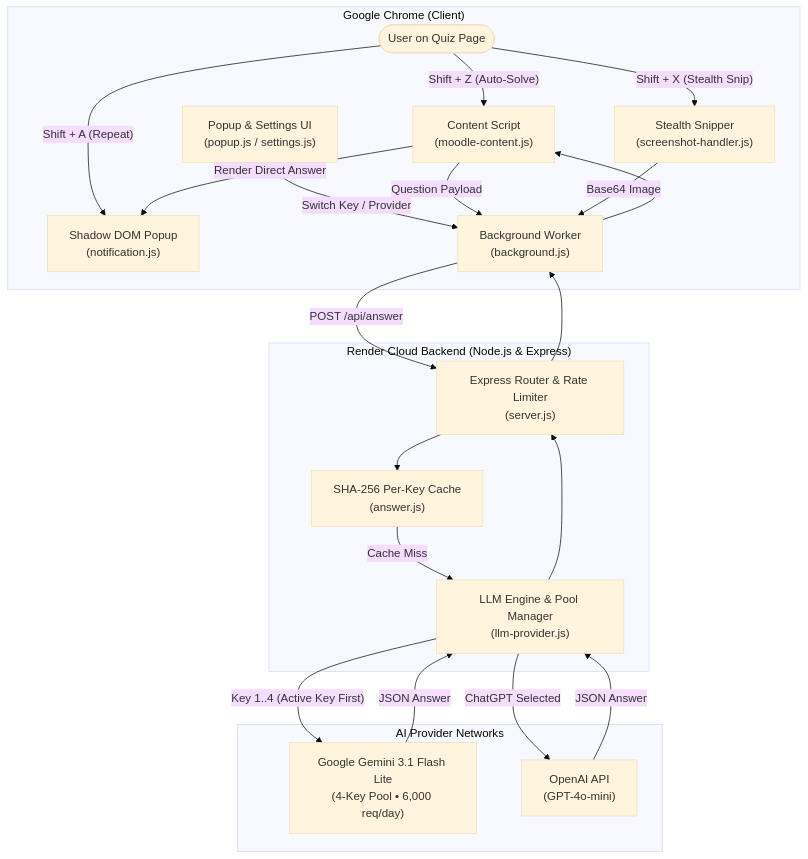
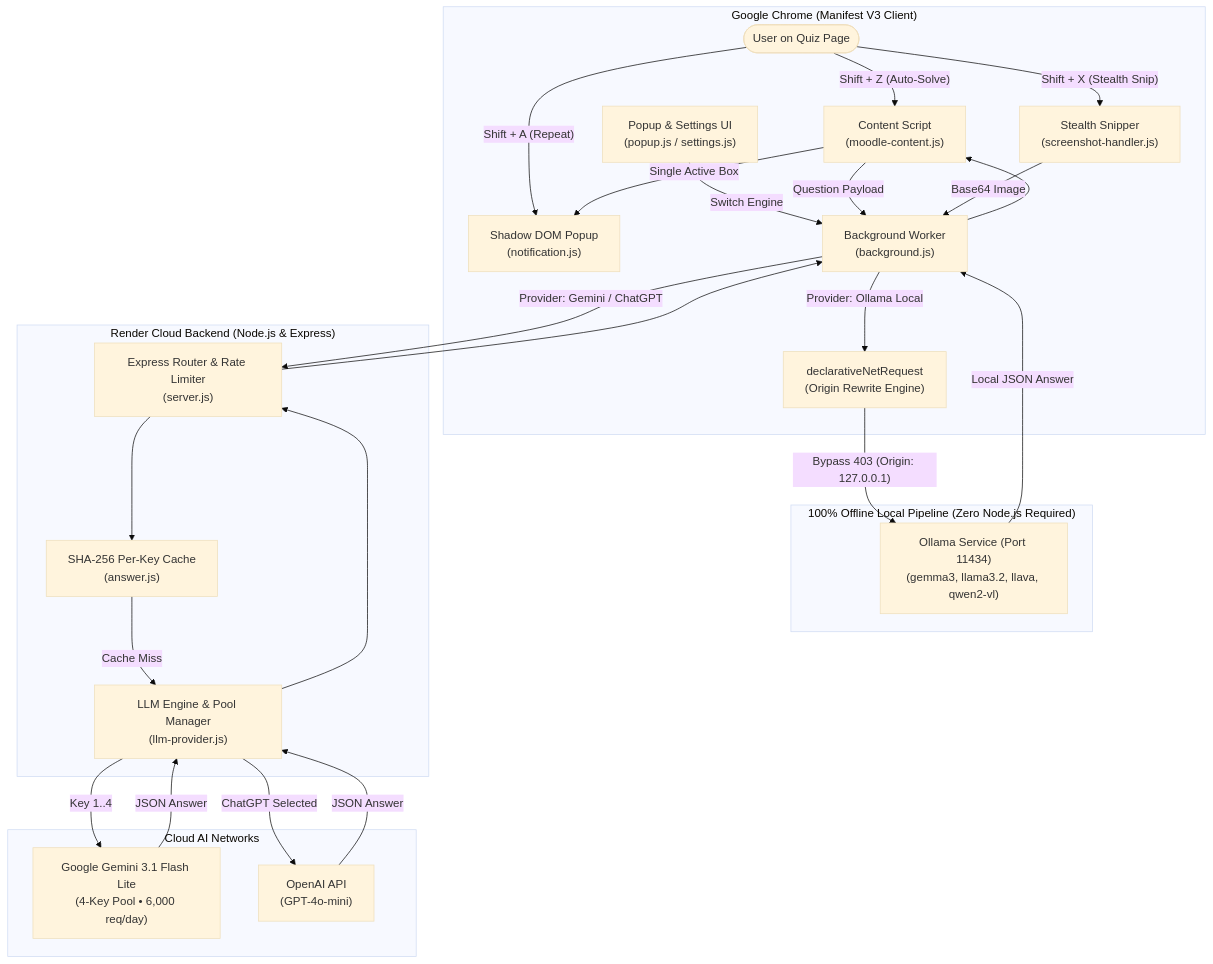
Before and after one commit to swapnil-exxe/Extension: the first of 2 diagrams in README.md, drawn with Mermaid (base theme). The commit also changed other lines of this file, not shown here.

Commit message:
docs: update README with offline Ollama pipeline, Linux college lab setup, vision pipeline, and 70-test suite

````diff
--- a/README.md
+++ b/README.md
@@ -11,43 +11,52 @@
 ```mermaid
 flowchart TD
-    subgraph Browser["Google Chrome (Client)"]
+    subgraph Browser["Google Chrome (Manifest V3 Client)"]
         User(["User on Quiz Page"])
         ContentScript["Content Script<br>(moodle-content.js)"]
         Notification["Shadow DOM Popup<br>(notification.js)"]
         Snipper["Stealth Snipper<br>(screenshot-handler.js)"]
         ServiceWorker["Background Worker<br>(background.js)"]
+        DNR["declarativeNetRequest<br>(Origin Rewrite Engine)"]
         PopupUI["Popup & Settings UI<br>(popup.js / settings.js)"]
+    end
+
+    subgraph LocalAI["100% Offline Local Pipeline (Zero Node.js Required)"]
+        OllamaLocal["Ollama Service (Port 11434)<br>(gemma3, llama3.2, llava, qwen2-vl)"]
     end
 
     subgraph Cloud["Render Cloud Backend (Node.js & Express)"]
         Router["Express Router & Rate Limiter<br>(server.js)"]
         Cache["SHA-256 Per-Key Cache<br>(answer.js)"]
         LLMEngine["LLM Engine & Pool Manager<br>(llm-provider.js)"]
     end
 
-    subgraph AIProviders["AI Provider Networks"]
+    subgraph AIProviders["Cloud AI Networks"]
         GeminiPool["Google Gemini 3.1 Flash Lite<br>(4-Key Pool • 6,000 req/day)"]
         OpenAI["OpenAI API<br>(GPT-4o-mini)"]
     end
 
     User -->|"Shift + Z (Auto-Solve)"| ContentScript
     User -->|"Shift + X (Stealth Snip)"| Snipper
     User -->|"Shift + A (Repeat)"| Notification
-    PopupUI -->|"Switch Key / Provider"| ServiceWorker
+    PopupUI -->|"Switch Engine"| ServiceWorker
 
     ContentScript -->|"Question Payload"| ServiceWorker
     Snipper -->|"Base64 Image"| ServiceWorker
-    ServiceWorker -->|"POST /api/answer"| Router
 
+    ServiceWorker -->|"Provider: Ollama Local"| DNR
+    DNR -->|"Bypass 403 (Origin: 127.0.0.1)"| OllamaLocal
+    OllamaLocal -->|"Local JSON Answer"| ServiceWorker
+
+    ServiceWorker -->|"Provider: Gemini / ChatGPT"| Router
     Router --> Cache
     Cache -->|"Cache Miss"| LLMEngine
-    LLMEngine -->|"Key 1..4 (Active Key First)"| GeminiPool
+    LLMEngine -->|"Key 1..4"| GeminiPool
     LLMEngine -->|"ChatGPT Selected"| OpenAI
     GeminiPool -->|"JSON Answer"| LLMEngine
     OpenAI -->|"JSON Answer"| LLMEngine
-
     LLMEngine --> Router
     Router --> ServiceWorker
+
     ServiceWorker --> ContentScript
-    ContentScript -->|"Render Direct Answer"| Notification
+    ContentScript -->|"Single Active Box"| Notification
 ```
````
